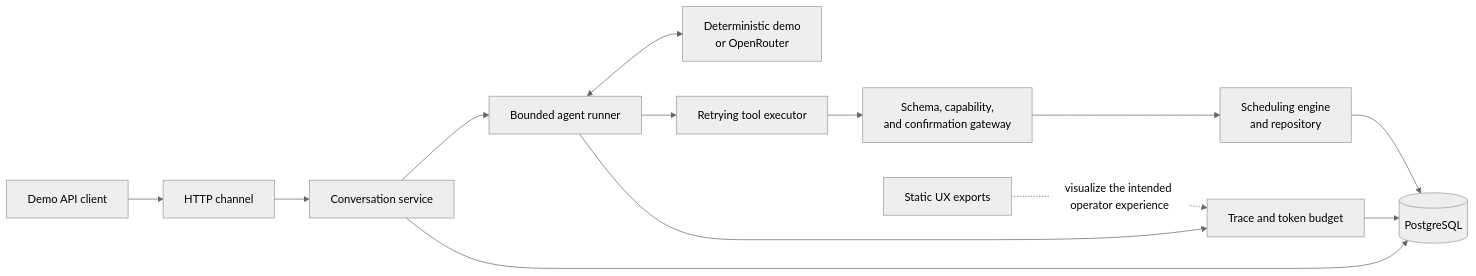
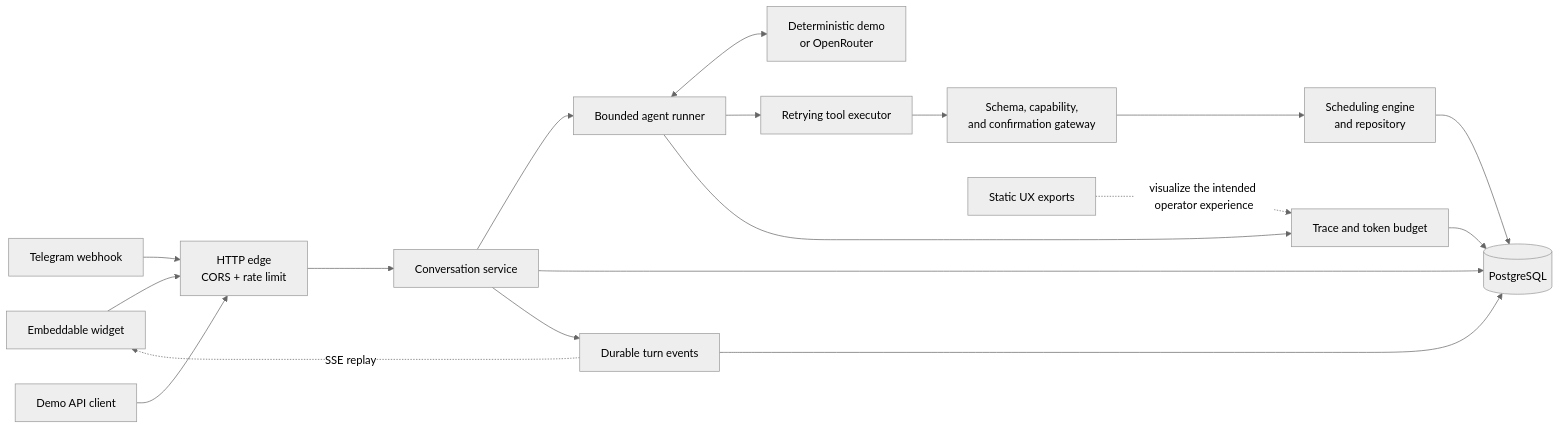
Before and after one commit to reinh2/Kontor: the diagram in README.md, drawn with Mermaid (neutral theme). The commit also changed other lines of this file and 25 other files, not shown here.

First line of the commit message:
Add Stage 2 channels: embeddable widget, durable SSE, and Telegram

````diff
--- a/README.md
+++ b/README.md
@@ -70,15 +76,20 @@
 ```mermaid
 flowchart LR
-    Customer["Demo API client"] --> HTTP["HTTP channel"]
-    HTTP --> App["Conversation service"]
+    Widget["Embeddable widget"] --> Edge
+    Telegram["Telegram webhook"] --> Edge
+    Client["Demo API client"] --> Edge
+    Edge["HTTP edge<br/>CORS + rate limit"] --> App["Conversation service"]
     App --> Runner["Bounded agent runner"]
     Runner <--> Model["Deterministic demo<br/>or OpenRouter"]
     Runner --> Executor["Retrying tool executor"]
     Executor --> Gateway["Schema, capability,<br/>and confirmation gateway"]
     Gateway --> Schedule["Scheduling engine<br/>and repository"]
     Schedule --> DB[(PostgreSQL)]
     App --> DB
+    App --> Events["Durable turn events"]
+    Events --> DB
+    Events -. SSE replay .-> Widget
     Runner --> Trace["Trace and token budget"]
     Trace --> DB
     Exports["Static UX exports"] -. visualize the intended operator experience .-> Trace
 ```
````
